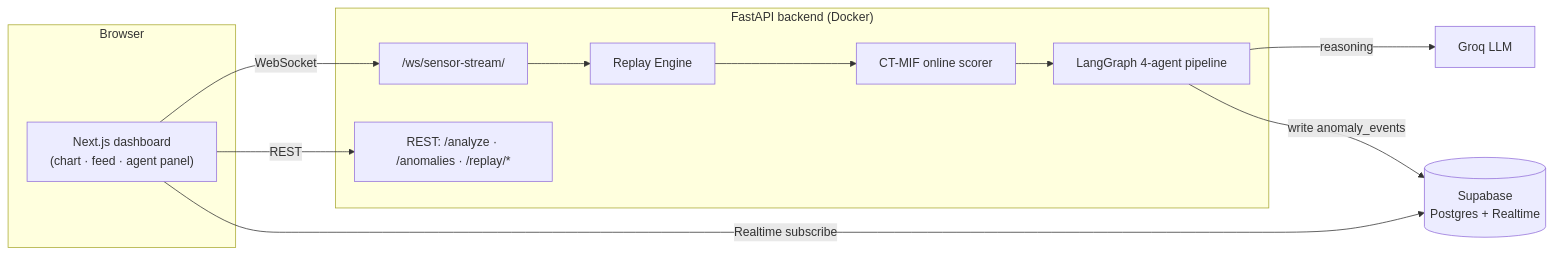
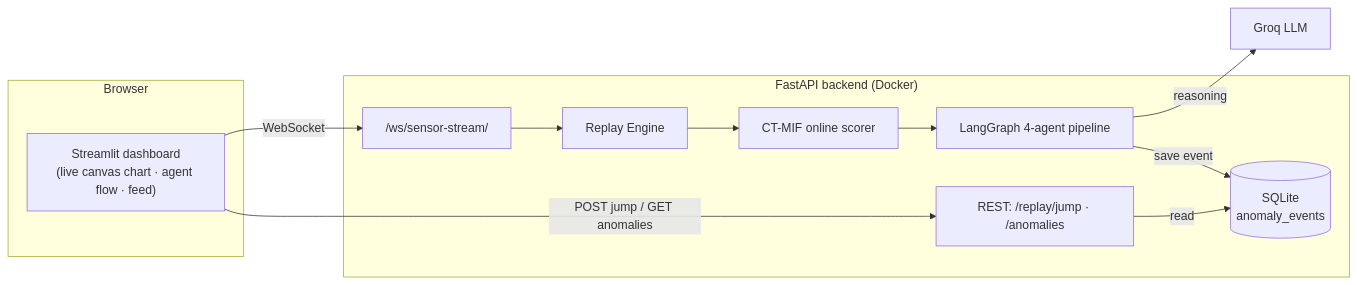
The first of 2 diagrams in README.md (yuvaksc/cps), drawn with Mermaid before and after one commit. The commit also changed other lines of this file and 55 other files, not shown here.

First line of the commit message:
Refactor to lean Python-native stack: Streamlit + SQLite + FastAPI

````diff
--- a/README.md
+++ b/README.md
@@ -13,22 +16,22 @@
 ```mermaid
 flowchart LR
   subgraph B["Browser"]
-    UI["Next.js dashboard<br/>(chart · feed · agent panel)"]
+    UI["Streamlit dashboard<br/>(live canvas chart · agent flow · feed)"]
   end
   subgraph API["FastAPI backend (Docker)"]
     WS["/ws/sensor-stream/"]
-    REST["REST: /analyze · /anomalies · /replay/*"]
+    REST["REST: /replay/jump · /anomalies"]
     RE["Replay Engine"]
     SC["CT-MIF online scorer"]
     AG["LangGraph 4-agent pipeline"]
+    DB[("SQLite<br/>anomaly_events")]
   end
-  SB[("Supabase<br/>Postgres + Realtime")]
   GROQ["Groq LLM"]
 
   UI -- WebSocket --> WS
-  UI -- Realtime subscribe --> SB
-  UI -- REST --> REST
+  UI -- POST jump / GET anomalies --> REST
   WS --> RE --> SC --> AG
   AG -- reasoning --> GROQ
-  AG -- write anomaly_events --> SB
+  AG -- save event --> DB
+  REST -- read --> DB
 ```
````
